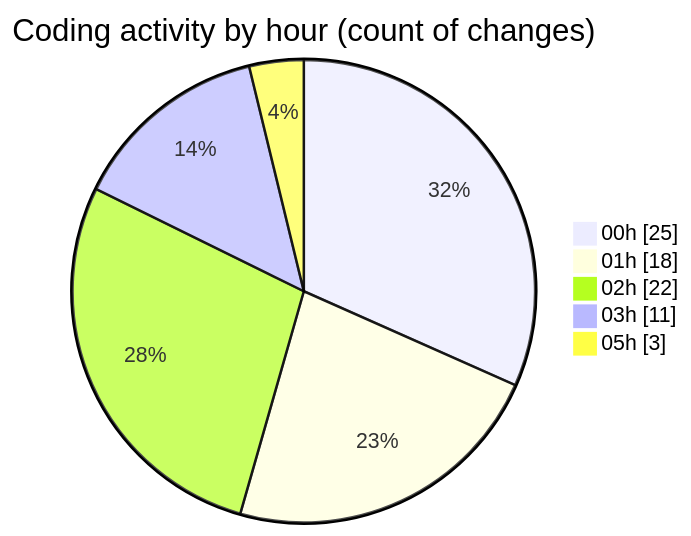
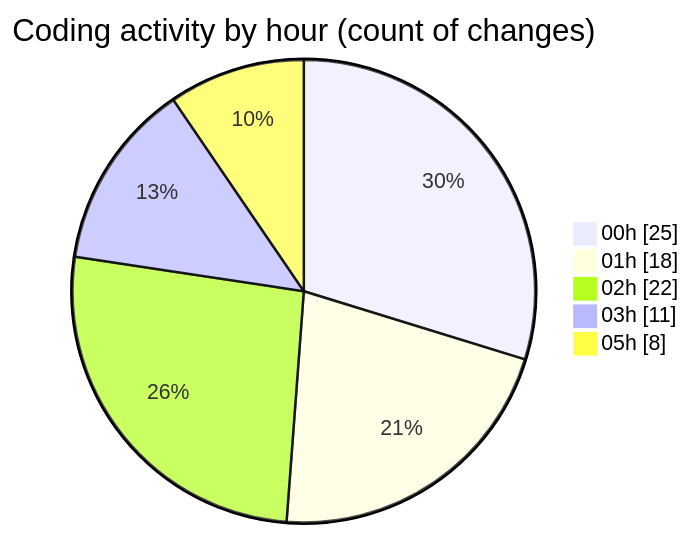
Before and after one commit to EIIisD/code-tracking: the second of 2 diagrams in 2025-07-18/ribbon/README.md, drawn with Mermaid. The commit also changed other lines of this file and 1 other file, not shown here.

````diff
--- a/2025-07-18/ribbon/README.md
+++ b/2025-07-18/ribbon/README.md
@@ -40,9 +40,9 @@
 ```mermaid
 pie showData
 title Coding activity by hour (count of changes)
 "00h" : 25
 "01h" : 18
 "02h" : 22
 "03h" : 11
-"05h" : 3
+"05h" : 8
 ```
````
